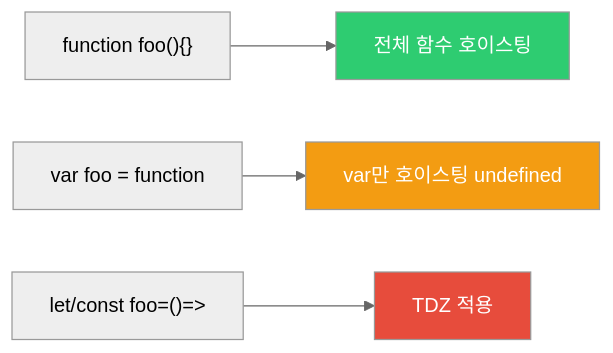
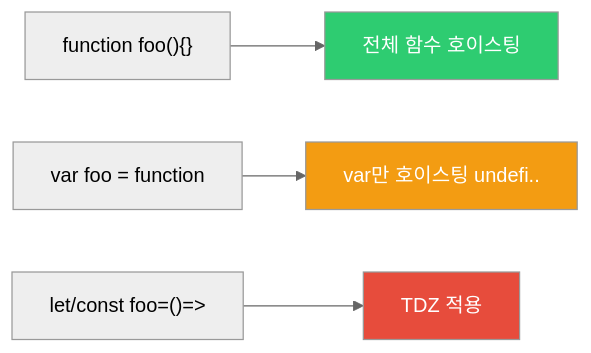
The seventh of 9 diagrams in _posts/frontend/2026-05-02-js-var-let-const.md (yjkim2015/yjkim2015.github.io), drawn with Mermaid (neutral theme) before and after one commit. The commit also changed other lines of this file and 149 other files, not shown here.

First line of the commit message:
Mermaid 가독성 개선: 라벨 축약, 노드 축소, TD→LR 변환

````diff
--- a/_posts/frontend/2026-05-02-js-var-let-const.md
+++ b/_posts/frontend/2026-05-02-js-var-let-const.md
@@ -351,9 +350,9 @@
 ```mermaid
 flowchart LR
     A["function foo(){}"] --> A1["전체 함수 호이스팅"]
-    B["var foo = function"] --> B1["var만 호이스팅 undefined"]
+    B["var foo = function"] --> B1["var만 호이스팅 undefi.."]
     C["let/const foo=()=>"] --> C1["TDZ 적용"]
     style A1 fill:#2ecc71,color:#fff
     style B1 fill:#f39c12,color:#fff
     style C1 fill:#e74c3c,color:#fff
 ```
````
